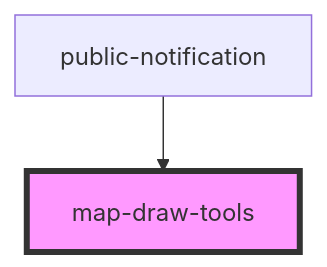
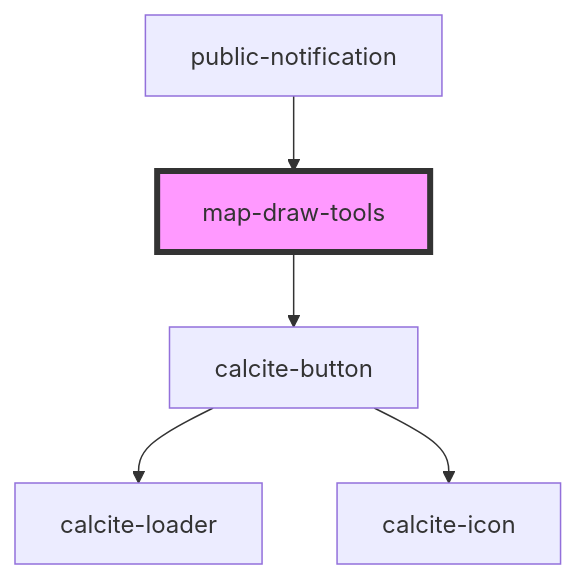
Before and after one commit to Esri/solutions-components: the diagram in src/components/map-draw-tools/readme.md, drawn with Mermaid. The commit also changed other lines of this file and 14 other files, not shown here.

````diff
--- a/src/components/map-draw-tools/readme.md
+++ b/src/components/map-draw-tools/readme.md
@@ -15,5 +29,8 @@
 ```mermaid
 graph TD;
+  map-draw-tools --> calcite-button
+  calcite-button --> calcite-loader
+  calcite-button --> calcite-icon
   public-notification --> map-draw-tools
   style map-draw-tools fill:#f9f,stroke:#333,stroke-width:4px
 ```
````
